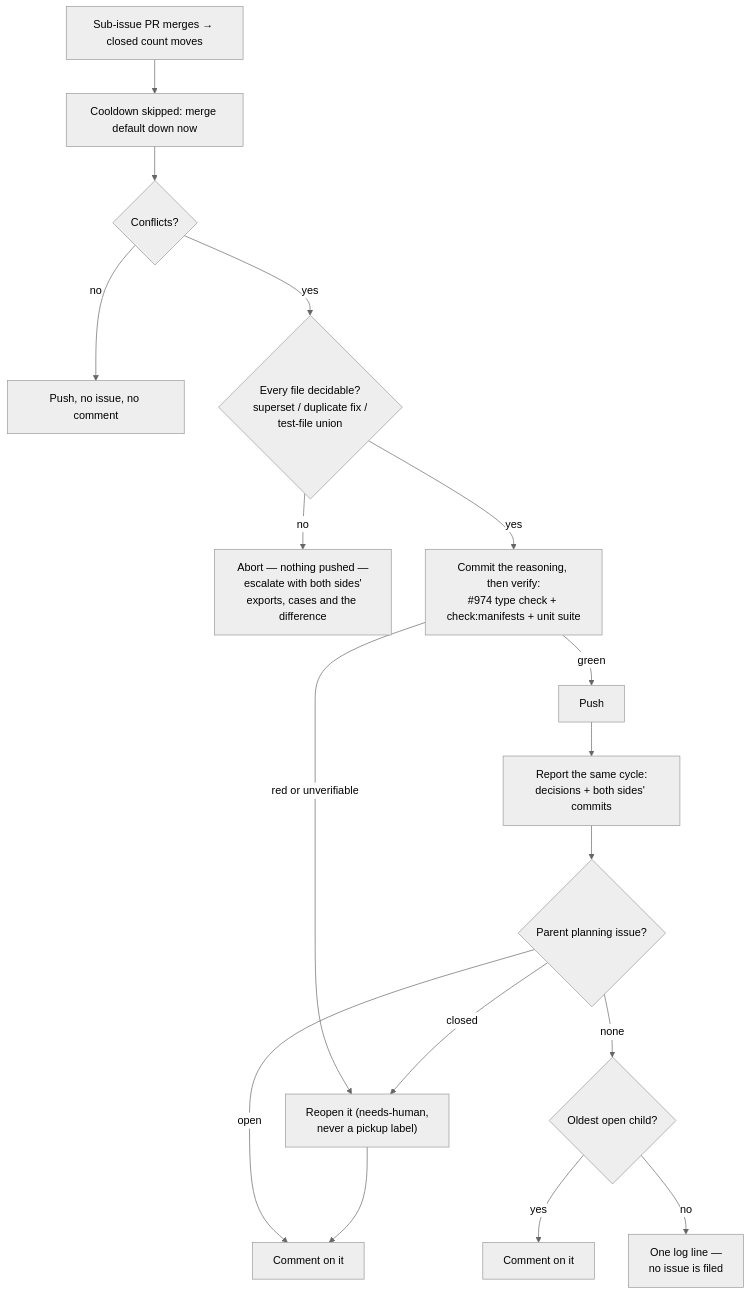
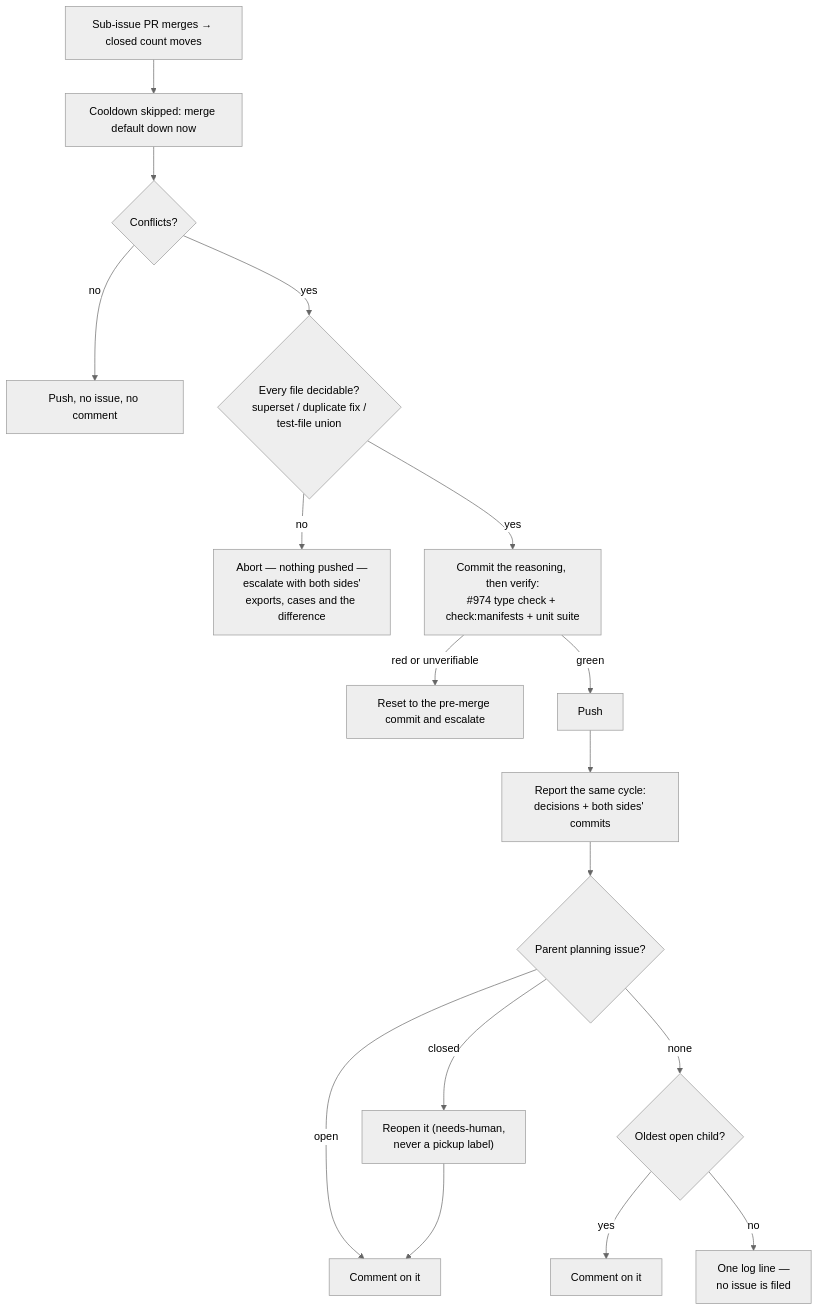
Before and after one commit to stSoftwareAU/VibeCoder: diagram 27 of 30 in docs/INTERNALS.md, drawn with Mermaid (neutral theme). The commit also changed 6 other files, not shown here.

````diff
--- a/docs/INTERNALS.md
+++ b/docs/INTERNALS.md
@@ -3097,18 +3097,18 @@
 ```mermaid
 flowchart TD
     A[Sub-issue PR merges → closed count moves] --> B[Cooldown skipped: merge default down now]
     B --> C{Conflicts?}
     C -- no --> D[Push, no issue, no comment]
     C -- yes --> T{"Every file decidable?<br/>superset / duplicate fix /<br/>test-file union"}
     T -- no --> X["Abort — nothing pushed —<br/>escalate with both sides'<br/>exports, cases and the difference"]
     T -- yes --> V["Commit the reasoning, then verify:<br/>#974 type check + check:manifests + unit suite"]
     V -- red or unverifiable --> R[Reset to the pre-merge commit and escalate]
     V -- green --> P[Push]
     P --> F["Report the same cycle:<br/>decisions + both sides' commits"]
     F --> G{Parent planning issue?}
     G -- open --> H[Comment on it]
-    G -- closed --> R["Reopen it (needs-human,<br/>never a pickup label)"] --> H
+    G -- closed --> RO["Reopen it (needs-human,<br/>never a pickup label)"] --> H
     G -- none --> C2{Oldest open child?}
     C2 -- yes --> H2[Comment on it]
     C2 -- no --> L["One log line —<br/>no issue is filed"]
 ```
````
